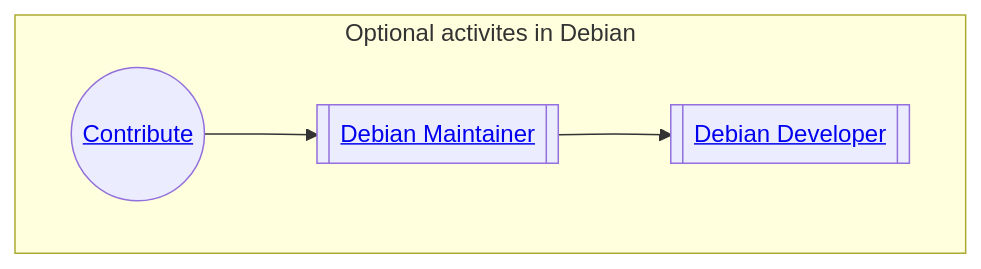
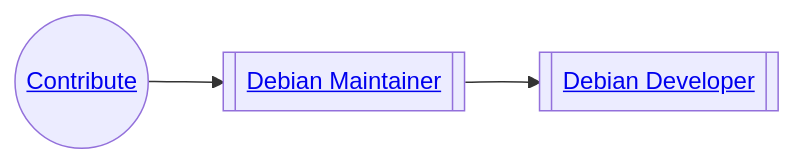
The fourth of 5 diagrams in docs/who-makes-ubuntu/joining/path-to-upload-rights.md (vhaudiquet/ubuntu-project-docs), drawn with Mermaid before and after one commit. The commit also changed other lines of this file, not shown here.

Commit message:
fix rendering issues in diagram

````diff
--- a/docs/who-makes-ubuntu/joining/path-to-upload-rights.md
+++ b/docs/who-makes-ubuntu/joining/path-to-upload-rights.md
@@ -111,15 +139,9 @@
 ```{mermaid}
-%% mermaid flowcharts documentation: https://mermaid.js.org/syntax/flowchart.html
-%%{ init: { 'flowchart': { 'curve': 'catmullRom' } } }%%
-flowchart TD
-    subgraph optionalDebian[Optional activites in Debian]
-        %% States
-        Contribute(("<a href=https://www.debian.org/doc/manuals/maint-guide/>Contribute</a>"))
-        DM[["<a href=https://wiki.debian.org/DebianMaintainer>Debian Maintainer</a>"]]
-        DD[["<a href=https://wiki.debian.org/DebianDeveloper>Debian Developer</a>"]]
+flowchart LR
+    Contribute(("<a href=https://www.debian.org/doc/manuals/maint-guide/>Contribute</a>"))
+    DM[["<a href=https://wiki.debian.org/DebianMaintainer>Debian Maintainer</a>"]]
+    DD[["<a href=https://wiki.debian.org/DebianDeveloper>Debian Developer</a>"]]
 
-        %% Transitions
-        Contribute --> DM
-        DM --> DD
-    end
+    Contribute --> DM
+    DM --> DD
 ```
````
